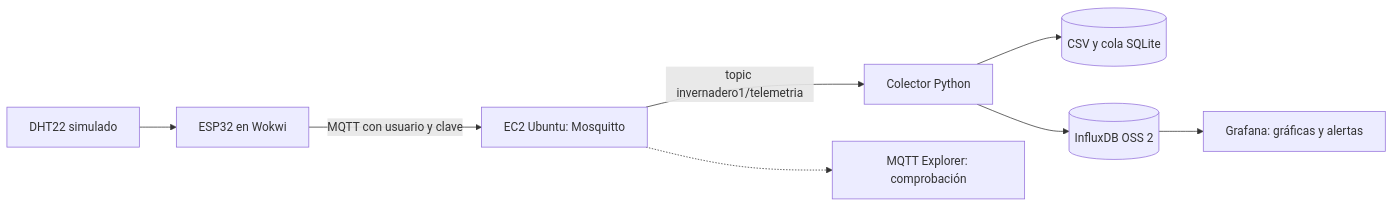
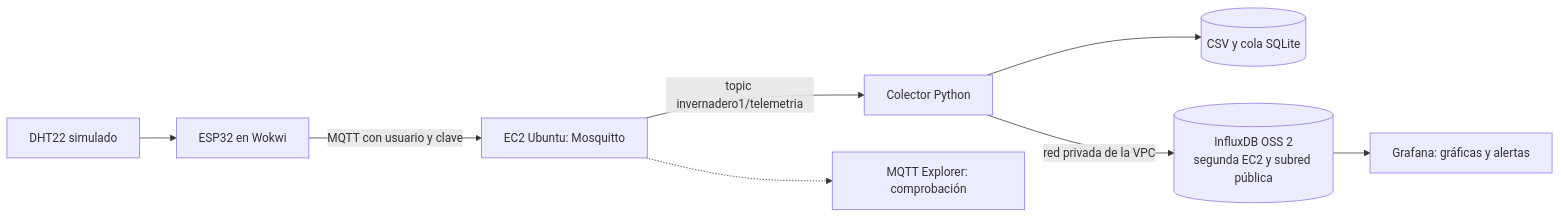
The diagram in practica2/README.md (nathernandez1189/savia-iot), drawn with Mermaid before and after one commit. The commit also changed other lines of this file and 3 other files, not shown here.

````diff
--- a/practica2/README.md
+++ b/practica2/README.md
@@ -9,10 +9,10 @@
 ```mermaid
 flowchart LR
     A[DHT22 simulado] --> B[ESP32 en Wokwi]
     B -->|MQTT con usuario y clave| C[EC2 Ubuntu: Mosquitto]
     C -->|topic invernadero1/telemetria| D[Colector Python]
     D --> E[(CSV y cola SQLite)]
-    D --> F[(InfluxDB OSS 2)]
+    D -->|red privada de la VPC| F[(InfluxDB OSS 2<br/>segunda EC2 y subred pública)]
     F --> G[Grafana: gráficas y alertas]
     C -.-> H[MQTT Explorer: comprobación]
 ```
````
